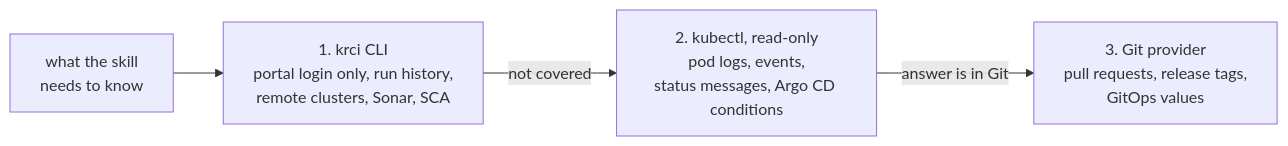
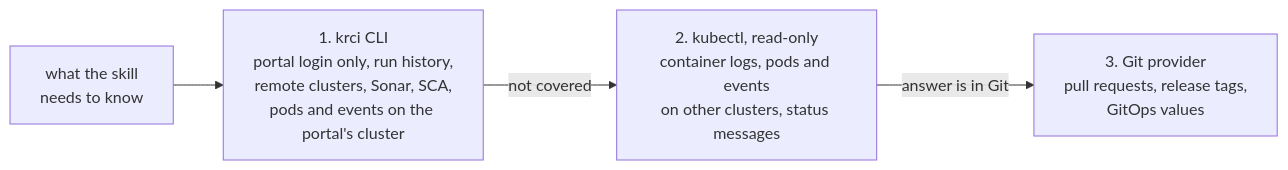
Before and after one commit to KubeRocketCI/skills: the fifth of 7 diagrams in docs/architecture.md, drawn with Mermaid. The commit also changed 15 other files, not shown here.

````diff
--- a/docs/architecture.md
+++ b/docs/architecture.md
@@ -155,6 +155,6 @@
 ```mermaid
 flowchart LR
-    need["what the skill<br/>needs to know"] --> t1["1. krci CLI<br/>portal login only, run history,<br/>remote clusters, Sonar, SCA"]
-    t1 -->|"not covered"| t2["2. kubectl, read-only<br/>pod logs, events,<br/>status messages, Argo CD conditions"]
+    need["what the skill<br/>needs to know"] --> t1["1. krci CLI<br/>portal login only, run history,<br/>remote clusters, Sonar, SCA,<br/>pods and events on the portal's cluster"]
+    t1 -->|"not covered"| t2["2. kubectl, read-only<br/>container logs, pods and events<br/>on other clusters, status messages"]
     t2 -->|"answer is in Git"| t3["3. Git provider<br/>pull requests, release tags,<br/>GitOps values"]
 ```
````
